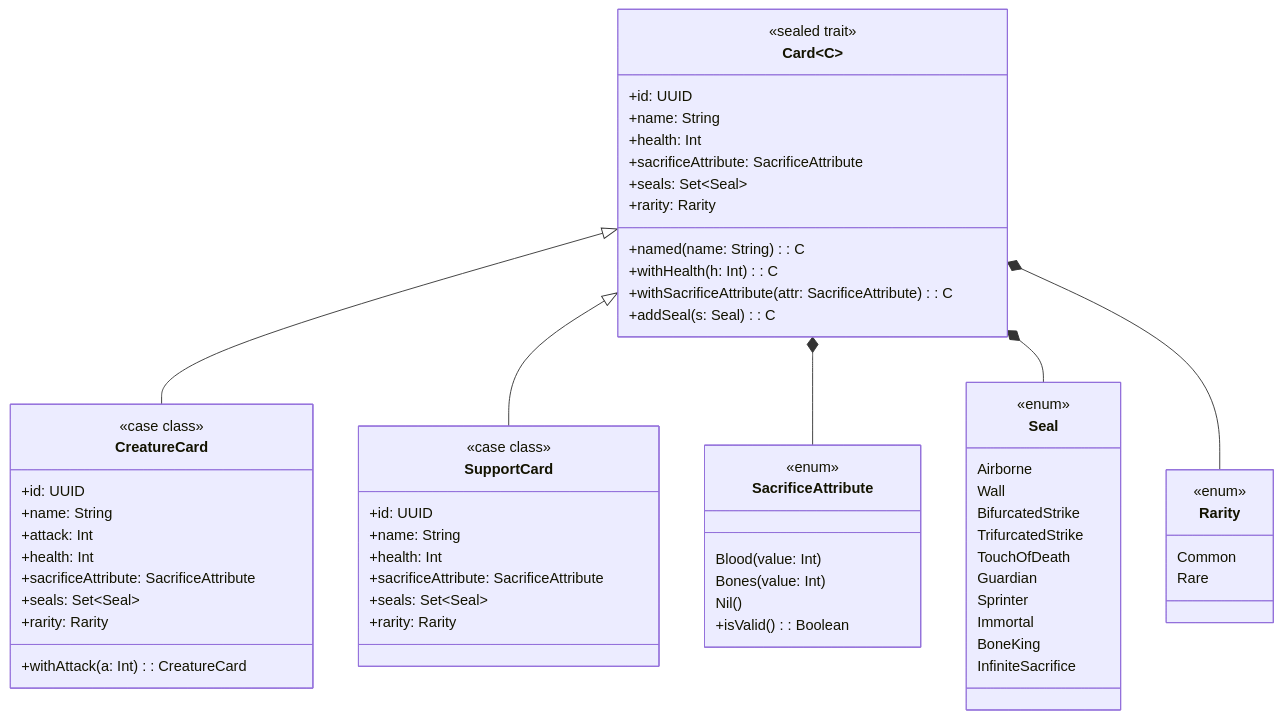
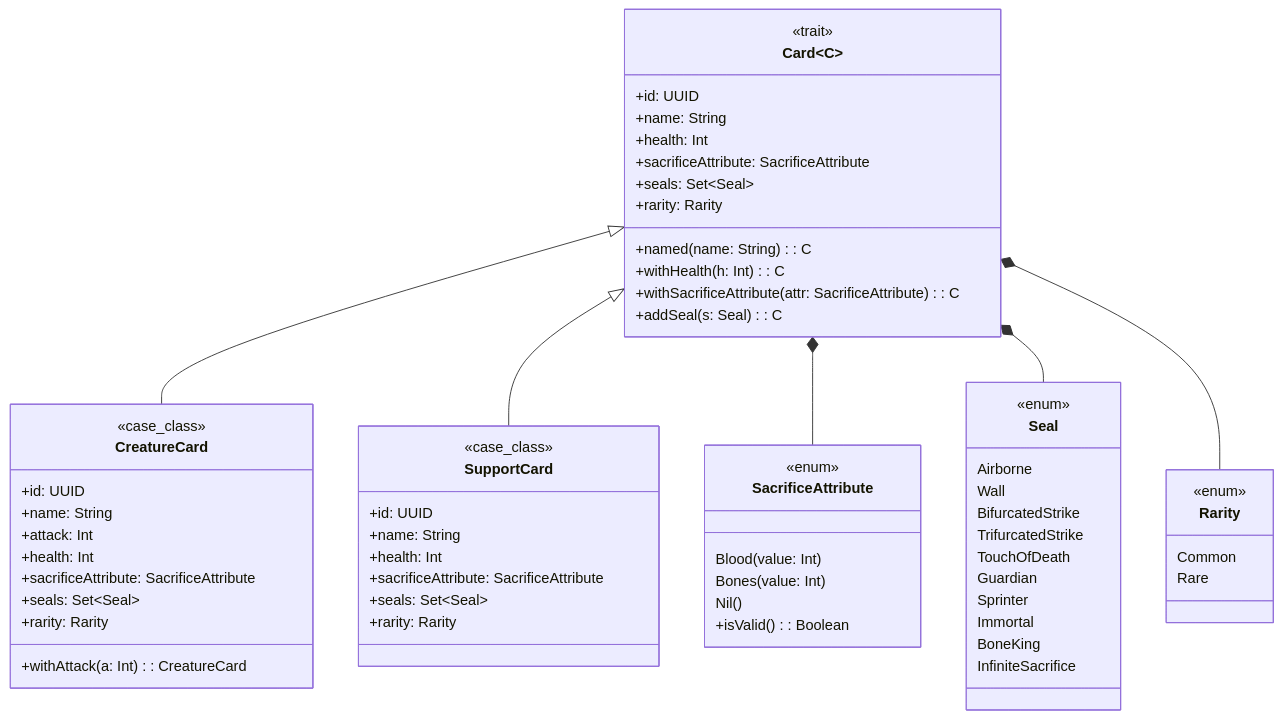
The diagram in docs/Design di dettaglio/card.md (GiuseppeGambacorta/PPS-25-SCRYPTION), drawn with Mermaid before and after one commit. The commit also changed other lines of this file, not shown here.

Commit message:
udpated diagram

````diff
--- a/docs/Design di dettaglio/card.md
+++ b/docs/Design di dettaglio/card.md
@@ -16,72 +16,75 @@
-<pre class="mermaid">
+```mermaid
 classDiagram
     class Card~C~ {
-        <<sealed trait>>
+        <<trait>>
         +id: UUID
         +name: String
         +health: Int
         +sacrificeAttribute: SacrificeAttribute
         +seals: Set~Seal~
         +rarity: Rarity
         +named(name: String): C
         +withHealth(h: Int): C
         +withSacrificeAttribute(attr: SacrificeAttribute): C
         +addSeal(s: Seal): C
+        
     }
 
     class CreatureCard {
-        <<case class>>
+        <<case_class>>
         +id: UUID
         +name: String
         +attack: Int
         +health: Int
         +sacrificeAttribute: SacrificeAttribute
         +seals: Set~Seal~
         +rarity: Rarity
         +withAttack(a: Int): CreatureCard
+        
     }
 
     class SupportCard {
-        <<case class>>
+        <<case_class>>
         +id: UUID
         +name: String
         +health: Int
         +sacrificeAttribute: SacrificeAttribute
         +seals: Set~Seal~
         +rarity: Rarity
+        
     }
 
     class SacrificeAttribute {
         <<enum>>
         Blood(value: Int)
         Bones(value: Int)
         Nil()
         +isValid(): Boolean
     }
 
     class Seal {
         <<enum>>
         Airborne
         Wall
         BifurcatedStrike
         TrifurcatedStrike
         TouchOfDeath
         Guardian
         Sprinter
         Immortal
         BoneKing
         InfiniteSacrifice
     }
     
     class Rarity {
         <<enum>>
         Common
         Rare
     }
 
     Card <|-- CreatureCard
     Card <|-- SupportCard
     Card *-- SacrificeAttribute
     Card *-- Seal
     Card *-- Rarity
-</pre>
+```
````
